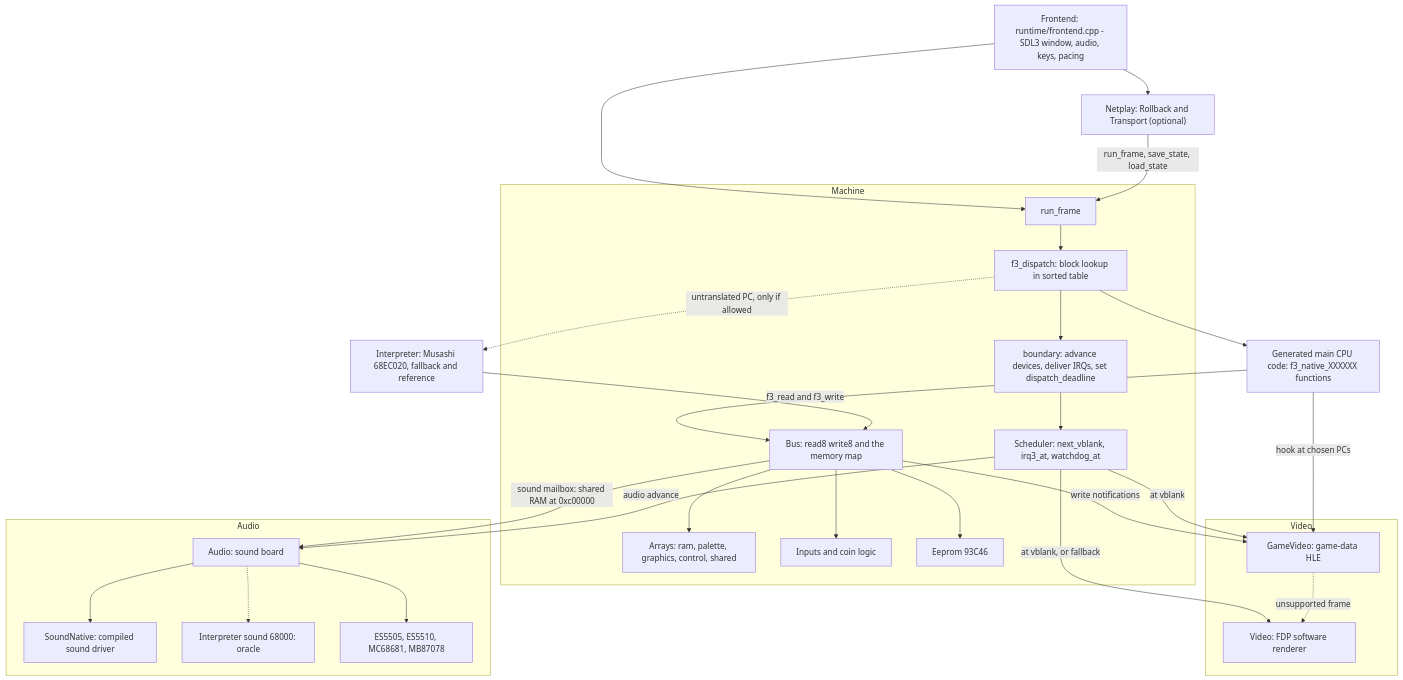
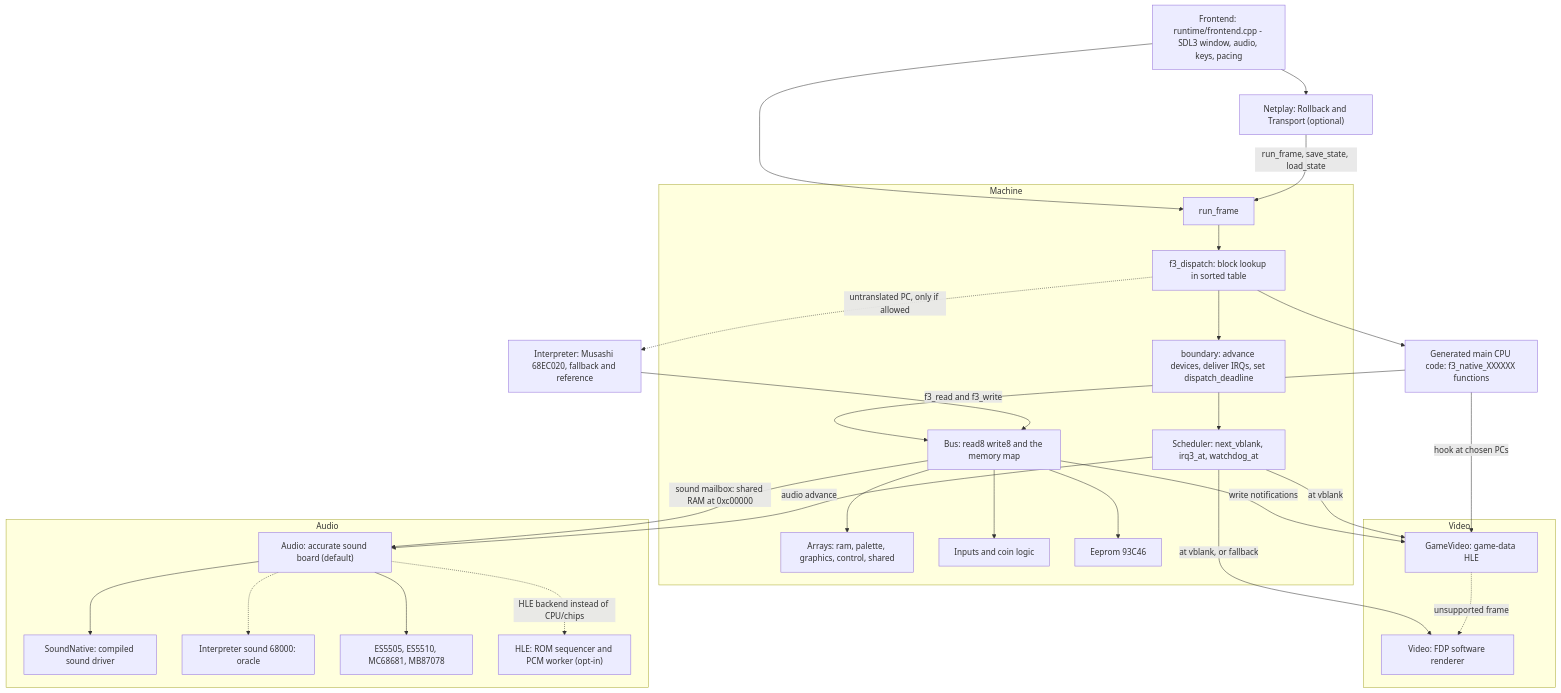
The second of 5 diagrams in docs/site/developer/architecture.md (ansxor/f3-recomp), drawn with Mermaid before and after one commit. The commit also changed other lines of this file and 43 other files, not shown here.

Commit message:
Add opt-in threaded HLE audio with rollback reconciliation

````diff
--- a/docs/site/developer/architecture.md
+++ b/docs/site/developer/architecture.md
@@ -97,50 +97,52 @@
 ```mermaid
 flowchart TB
     FE["Frontend: runtime/frontend.cpp - SDL3 window, audio, keys, pacing"]
     NP["Netplay: Rollback and Transport (optional)"]
     subgraph M["Machine"]
         RF["run_frame"]
         DISP["f3_dispatch: block lookup in sorted table"]
         BND["boundary: advance devices, deliver IRQs, set dispatch_deadline"]
         SCH["Scheduler: next_vblank, irq3_at, watchdog_at"]
         BUS["Bus: read8 write8 and the memory map"]
         MEM["Arrays: ram, palette, graphics, control, shared"]
         IN["Inputs and coin logic"]
         EE["Eeprom 93C46"]
     end
     GEN["Generated main CPU code: f3_native_XXXXXX functions"]
     INT["Interpreter: Musashi 68EC020, fallback and reference"]
     subgraph VID["Video"]
         GV["GameVideo: game-data HLE"]
         FDP["Video: FDP software renderer"]
     end
     subgraph AUD["Audio"]
-        AU["Audio: sound board"]
+        AU["Audio: accurate sound board (default)"]
         SN["SoundNative: compiled sound driver"]
         SI["Interpreter sound 68000: oracle"]
         CH["ES5505, ES5510, MC68681, MB87078"]
+        HW["HLE: ROM sequencer and PCM worker (opt-in)"]
     end
     FE --> RF
     NP -->|"run_frame, save_state, load_state"| RF
     FE --> NP
     RF --> DISP
     DISP --> BND
     BND --> SCH
     DISP --> GEN
     DISP -.->|"untranslated PC, only if allowed"| INT
     GEN -->|"f3_read and f3_write"| BUS
     INT --> BUS
     BUS --> MEM
     BUS --> IN
     BUS --> EE
     BUS -->|"sound mailbox: shared RAM at 0xc00000"| AU
     BUS -->|"write notifications"| GV
     GEN -->|"hook at chosen PCs"| GV
     SCH -->|"at vblank"| GV
     SCH -->|"at vblank, or fallback"| FDP
     GV -.->|"unsupported frame"| FDP
     SCH -->|"audio advance"| AU
     AU --> CH
     AU --> SN
     AU -.-> SI
+    AU -.->|"HLE backend instead of CPU/chips"| HW
 ```
````
